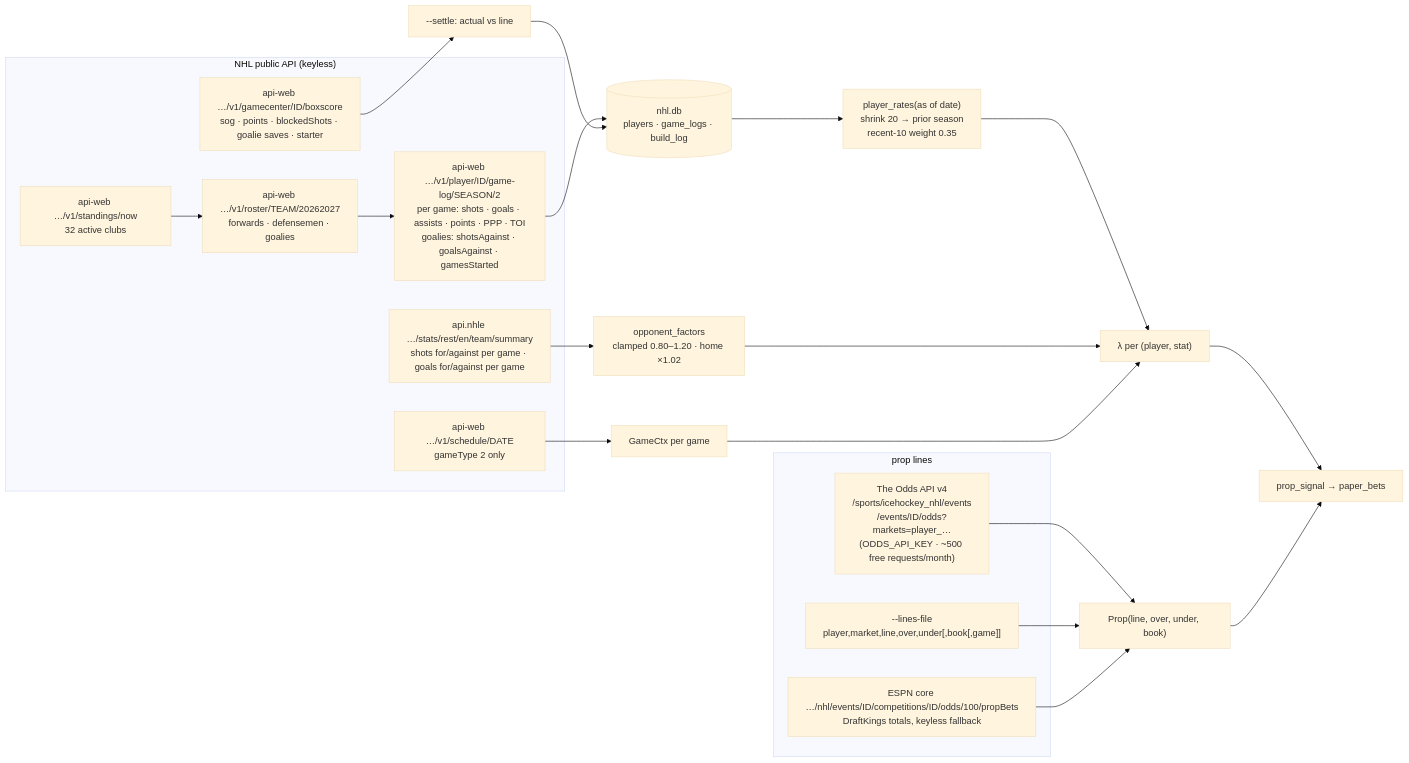
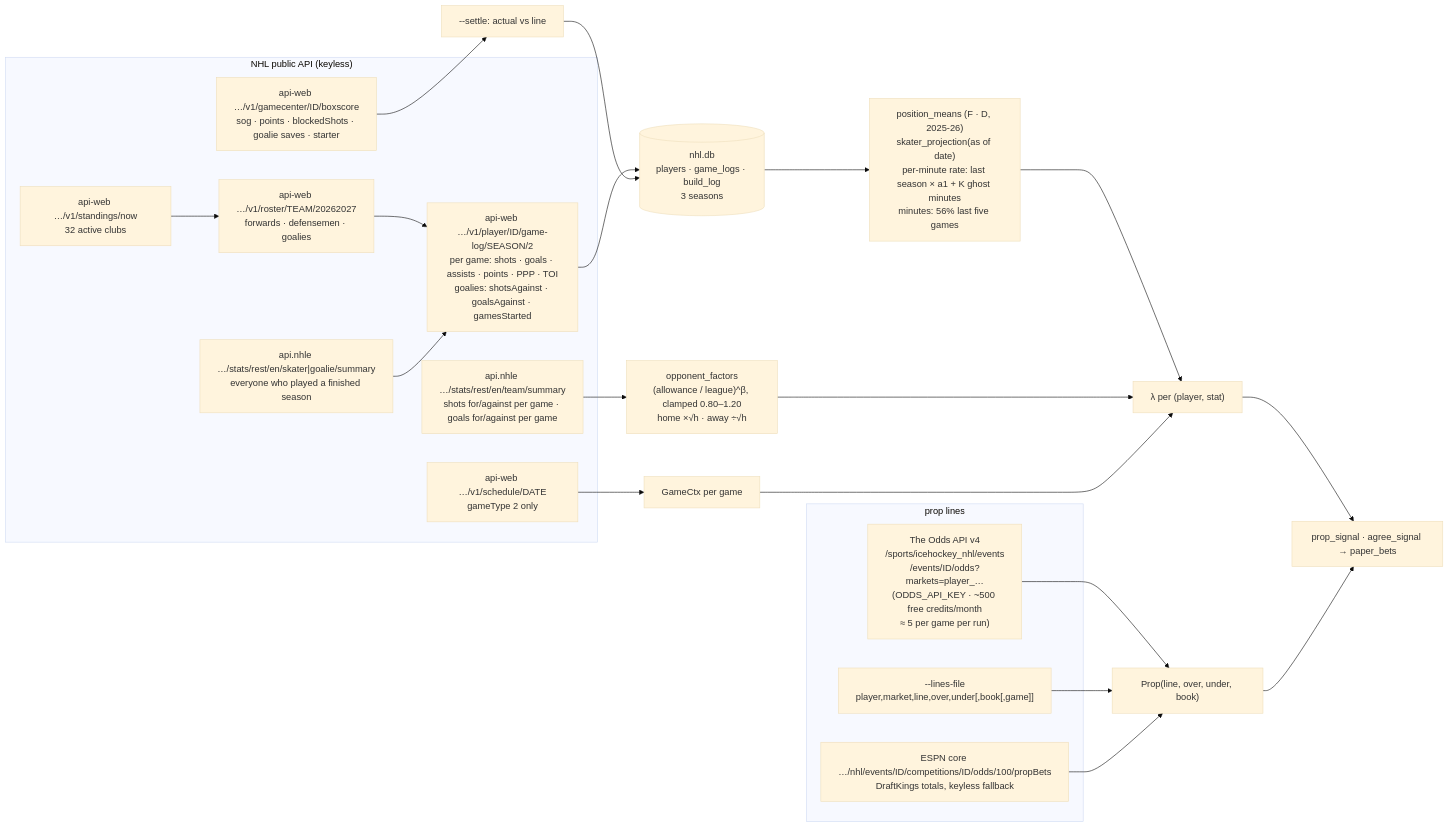
Before and after one commit to wbp318/cfb_soccer_nhl_2026_2027: diagram 23 of 27 in README.md, drawn with Mermaid (base theme). The commit also changed other lines of this file and 10 other files, not shown here.

````diff
--- a/README.md
+++ b/README.md
@@ -1193,25 +1210,28 @@
 ```mermaid
 flowchart LR
     subgraph NHL["NHL public API (keyless)"]
         ST["api-web …/v1/standings/now\n32 active clubs"]
         RO["api-web …/v1/roster/TEAM/20262027\nforwards · defensemen · goalies"]
+        LP["api.nhle …/stats/rest/en/skater|goalie/summary\neveryone who played a finished season"]
         GL["api-web …/v1/player/ID/game-log/SEASON/2\nper game: shots · goals · assists · points · PPP · TOI\ngoalies: shotsAgainst · goalsAgainst · gamesStarted"]
         TS["api.nhle …/stats/rest/en/team/summary\nshots for/against per game · goals for/against per game"]
         BX["api-web …/v1/gamecenter/ID/boxscore\nsog · points · blockedShots · goalie saves · starter"]
         SC["api-web …/v1/schedule/DATE\ngameType 2 only"]
     end
     subgraph LINES["prop lines"]
-        OA["The Odds API v4\n/sports/icehockey_nhl/events\n/events/ID/odds?markets=player_…\n(ODDS_API_KEY · ~500 free requests/month)"]
+        OA["The Odds API v4\n/sports/icehockey_nhl/events\n/events/ID/odds?markets=player_…\n(ODDS_API_KEY · ~500 free credits/month\n≈ 5 per game per run)"]
         CSV["--lines-file\nplayer,market,line,over,under[,book[,game]]"]
         EP["ESPN core …/nhl/events/ID/competitions/ID/odds/100/propBets\nDraftKings totals, keyless fallback"]
     end
-    ST --> RO --> GL --> DB[("nhl.db\nplayers · game_logs · build_log")]
-    DB --> RATE["player_rates(as of date)\nshrink 20 → prior season\nrecent-10 weight 0.35"]
-    TS --> OPP["opponent_factors\nclamped 0.80–1.20 · home ×1.02"]
+    ST --> RO --> GL
+    LP --> GL
+    GL --> DB[("nhl.db\nplayers · game_logs · build_log\n3 seasons")]
+    DB --> RATE["position_means (F · D, 2025-26)\nskater_projection(as of date)\nper-minute rate: last season × a1 + K ghost minutes\nminutes: 56% last five games"]
+    TS --> OPP["opponent_factors\n(allowance / league)^β, clamped 0.80–1.20\nhome ×√h · away ÷√h"]
     SC --> GAMES["GameCtx per game"]
     RATE & OPP & GAMES --> PROJ["λ per (player, stat)"]
     OA & CSV & EP --> PROPS["Prop(line, over, under, book)"]
-    PROJ & PROPS --> SIG["prop_signal → paper_bets"]
+    PROJ & PROPS --> SIG["prop_signal · agree_signal → paper_bets"]
     BX --> SET["--settle: actual vs line"]
     SET --> DB
 ```
````
